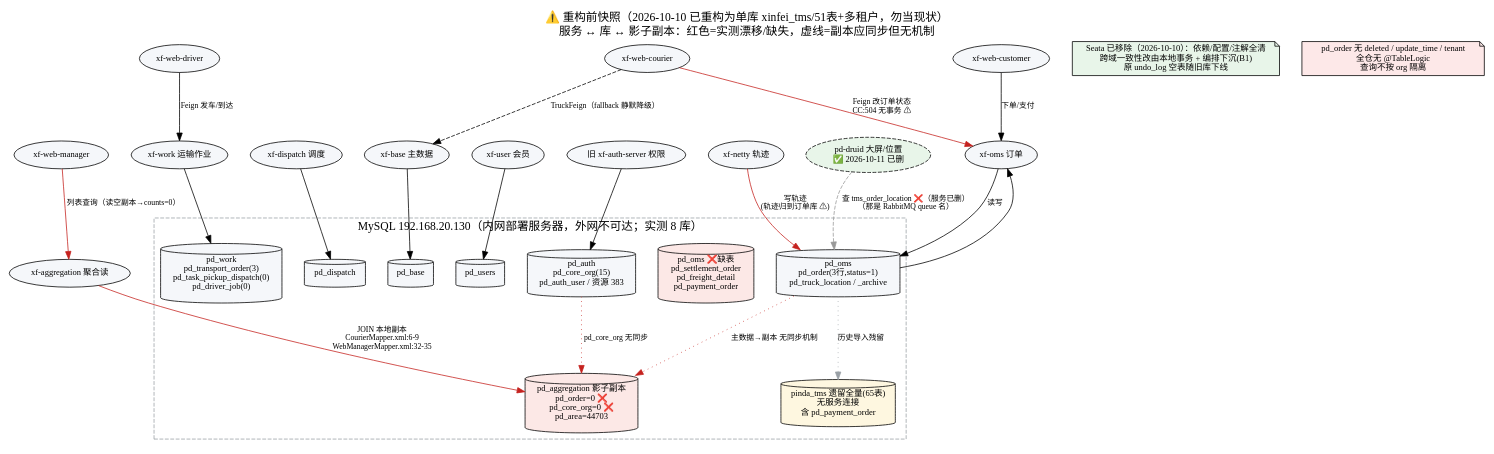
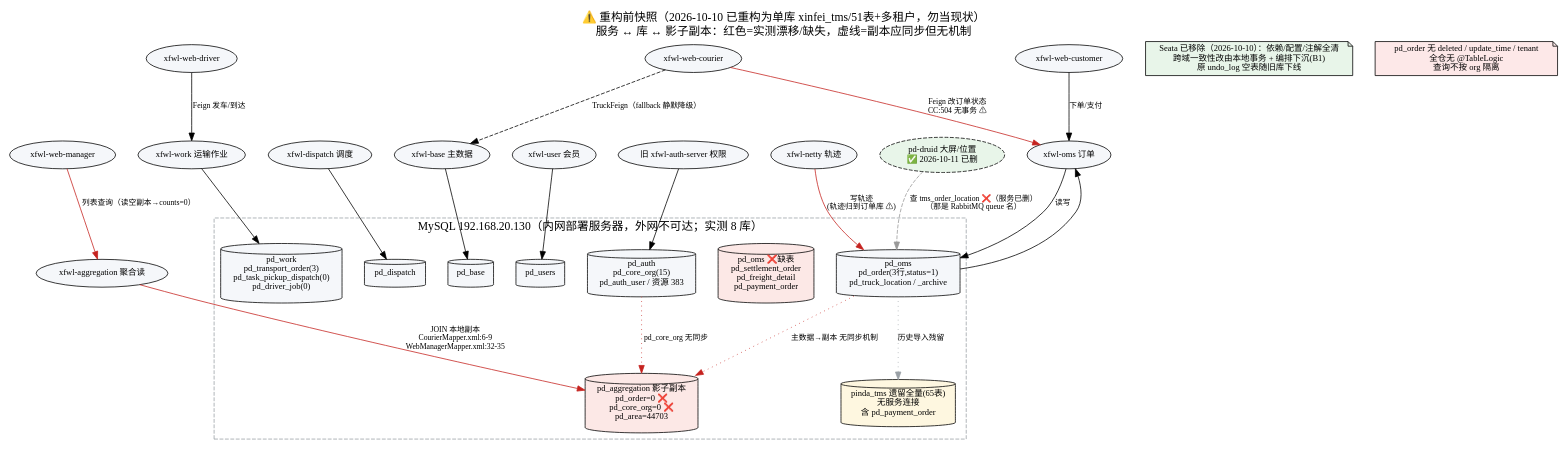
The diagram in docs/architecture/data-ownership.dot (itxinfei/pinda-tms), drawn with Graphviz before and after one commit. The commit also changed 2099 other files, not shown here.

```diff
--- a/docs/architecture/data-ownership.dot
+++ b/docs/architecture/data-ownership.dot
@@ -1,51 +1,51 @@
 // 🔴 2026-10-10 已过时：本图为重构前快照。数据库已由"8 库"重构为【单一物理库 xinfei_tms（55 表）+ tenant_id 多租户】，表按 sys_/dict_/base_/oms_/disp_/work_/member_/iot_ 八域前缀归属（写严格归属、读可适度跨域）。现行口径见 docs/02、《需求文档/45》。图内 pd_oms/pd_auth 等旧库名仅作历史问题留痕。
 // 数据归属与服务边界 current-state（重构前快照；证据：Nacos datasource 实测 + information_schema 实测 + mapper/Feign 代码）
 digraph data_ownership {
   rankdir=TB; nodesep=0.4; ranksep=0.8;
   graph [fontname="Microsoft YaHei", fontsize=15, labelloc=t,
          label="⚠️ 重构前快照（2026-10-10 已重构为单库 xinfei_tms/51表+多租户，勿当现状）\n服务 ↔ 库 ↔ 影子副本：红色=实测漂移/缺失，虚线=副本应同步但无机制"];
   node [fontname="Microsoft YaHei", fontsize=11, style="rounded,filled", fillcolor="#f5f7fa"];
   edge [fontname="Microsoft YaHei", fontsize=10];
 
   // 服务
-  oms [label="xf-oms 订单"]; work [label="xf-work 运输作业"]; disp [label="xf-dispatch 调度"];
-  base [label="xf-base 主数据"]; user [label="xf-user 会员"]; auth [label="旧 xf-auth-server 权限"];
-  agg [label="xf-aggregation 聚合读"]; netty [label="xf-netty 轨迹"]; druid [label="pd-druid 大屏/位置\n✅ 2026-10-11 已删", style="filled,dashed", fillcolor="#e8f5e9"];
-  webm [label="xf-web-manager"]; webc [label="xf-web-courier"]; webd [label="xf-web-driver"]; webu [label="xf-web-customer"];
+  oms [label="xfwl-oms 订单"]; work [label="xfwl-work 运输作业"]; disp [label="xfwl-dispatch 调度"];
+  base [label="xfwl-base 主数据"]; user [label="xfwl-user 会员"]; auth [label="旧 xfwl-auth-server 权限"];
+  agg [label="xfwl-aggregation 聚合读"]; netty [label="xfwl-netty 轨迹"]; druid [label="pd-druid 大屏/位置\n✅ 2026-10-11 已删", style="filled,dashed", fillcolor="#e8f5e9"];
+  webm [label="xfwl-web-manager"]; webc [label="xfwl-web-courier"]; webd [label="xfwl-web-driver"]; webu [label="xfwl-web-customer"];
 
   // 库（红色对象为实测问题）
   subgraph cluster_dbs { label="MySQL 192.168.20.130（内网部署服务器，外网不可达；实测 8 库）"; style=dashed; color="#9aa0a6";
     dpdoms [label="pd_oms\npd_order(3行,status=1)\npd_truck_location / _archive", shape=cylinder];
     dpmom [label="pd_oms ❌缺表\npd_settlement_order\npd_freight_detail\npd_payment_order", shape=cylinder, fillcolor="#fce8e6"];
     dpwork [label="pd_work\npd_transport_order(3)\npd_task_pickup_dispatch(0)\npd_driver_job(0)", shape=cylinder];
     dpdisp [label="pd_dispatch", shape=cylinder];
     dpbase [label="pd_base", shape=cylinder];
     dpuser [label="pd_users", shape=cylinder];
     dpauth [label="pd_auth\npd_core_org(15)\npd_auth_user / 资源 383", shape=cylinder];
     dpagg [label="pd_aggregation 影子副本\npd_order=0 ❌\npd_core_org=0 ❌\npd_area=44703", shape=cylinder, fillcolor="#fce8e6"];
     dpleg [label="pinda_tms 遗留全量(65表)\n无服务连接\n含 pd_payment_order", shape=cylinder, fillcolor="#fef7e0"];
   }
 
   oms -> dpdoms [label="读写"];
   work -> dpwork; disp -> dpdisp; base -> dpbase; user -> dpuser; auth -> dpauth;
   netty -> dpdoms [label="写轨迹\n(轨迹归到订单库 ⚠)", color="#c5221f"];
   druid -> dpdoms [label="查 tms_order_location ❌（服务已删）\n（那是 RabbitMQ queue 名）", color="#999999", style=dashed];
   agg -> dpagg [label="JOIN 本地副本\nCourierMapper.xml:6-9\nWebManagerMapper.xml:32-35", color="#c5221f"];
   oms -> dpdoms [dir=back, label=""];
 
   // 副本应有的同步（无实现）
   dpdoms -> dpagg [style=dotted, label="主数据→副本 无同步机制", color="#c5221f"];
   dpauth -> dpagg [style=dotted, label="pd_core_org 无同步", color="#c5221f"];
   dpdoms -> dpleg [style=dotted, label="历史导入残留", color="#9aa0a6"];
 
   // Feign 写路径
   webc -> oms [label="Feign 改订单状态\nCC:504 无事务 ⚠", color="#c5221f"];
   webd -> work [label="Feign 发车/到达"];
   webm -> agg [label="列表查询（读空副本→counts=0）", color="#c5221f"];
   webu -> oms [label="下单/支付"];
   webc -> base [label="TruckFeign（fallback 静默降级）", style=dashed];
 
   // 事务边界
   note1 [label="Seata 已移除（2026-10-10）：依赖/配置/注解全清\n跨域一致性改由本地事务 + 编排下沉(B1)\n原 undo_log 空表随旧库下线", shape=note, fillcolor="#e8f5e9"];
   note2 [label="pd_order 无 deleted / update_time / tenant\n全仓无 @TableLogic\n查询不按 org 隔离", shape=note, fillcolor="#fde8e8"];
 }
```
